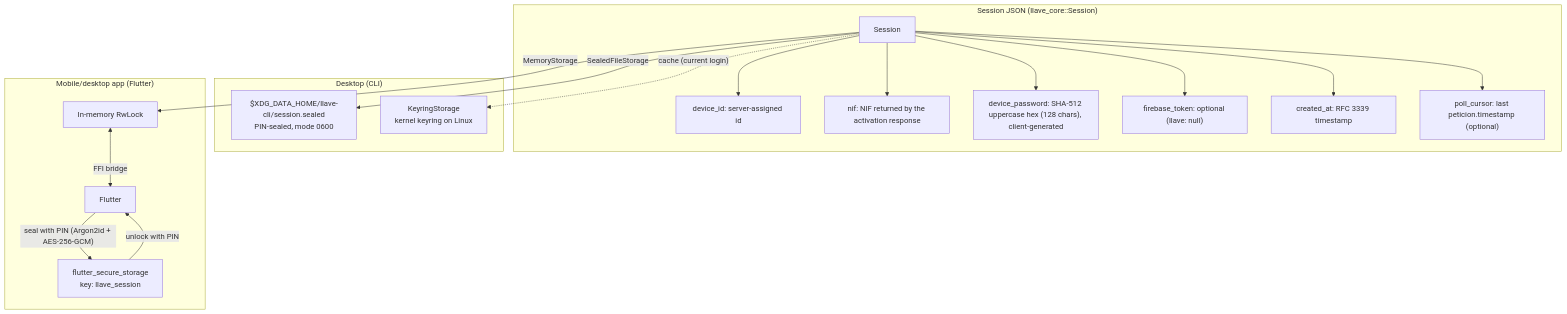
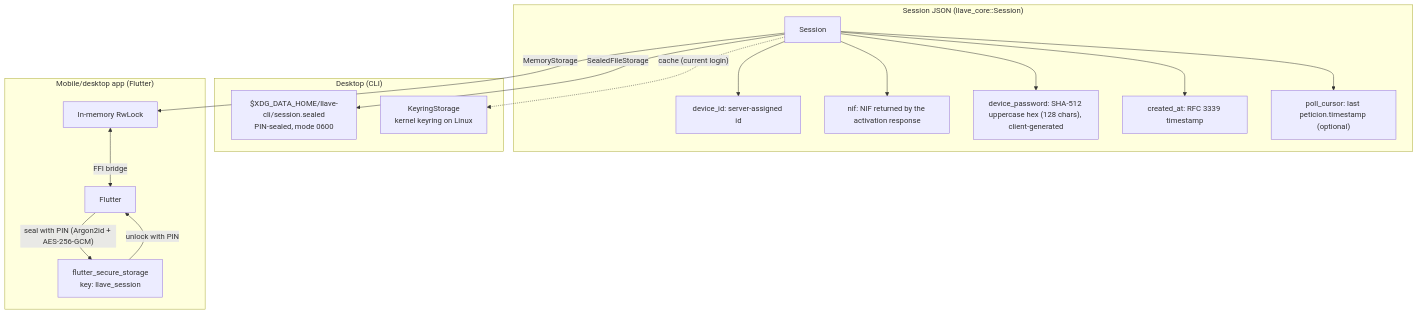
The diagram in book/src/implementation-guide/session-persistence.md (gabela-io/llave), drawn with Mermaid before and after one commit. The commit also changed other lines of this file and 34 other files, not shown here.

````diff
--- a/book/src/implementation-guide/session-persistence.md
+++ b/book/src/implementation-guide/session-persistence.md
@@ -7,24 +7,23 @@
 ```mermaid
 graph TD
     subgraph "Session JSON (llave_core::Session)"
         S[Session]
         S --> D["device_id: server-assigned id"]
         S --> N["nif: NIF returned by the activation response"]
         S --> P["device_password: SHA-512 uppercase hex (128 chars), client-generated"]
-        S --> F["firebase_token: optional (llave: null)"]
         S --> C["created_at: RFC 3339 timestamp"]
         S --> T["poll_cursor: last peticion.timestamp (optional)"]
     end
 
     subgraph "Desktop (CLI)"
         S -->|SealedFileStorage| SF["$XDG_DATA_HOME/llave-cli/session.sealed<br/>PIN-sealed, mode 0600"]
         S -.->|"cache (current login)"| K["KeyringStorage<br/>kernel keyring on Linux"]
     end
 
     subgraph "Mobile/desktop app (Flutter)"
         S -->|MemoryStorage| M[In-memory RwLock]
         M <-->|"FFI bridge"| FL[Flutter]
         FL -->|"seal with PIN (Argon2id + AES-256-GCM)"| FS["flutter_secure_storage<br/>key: llave_session"]
         FS -->|"unlock with PIN"| FL
     end
 ```
````
